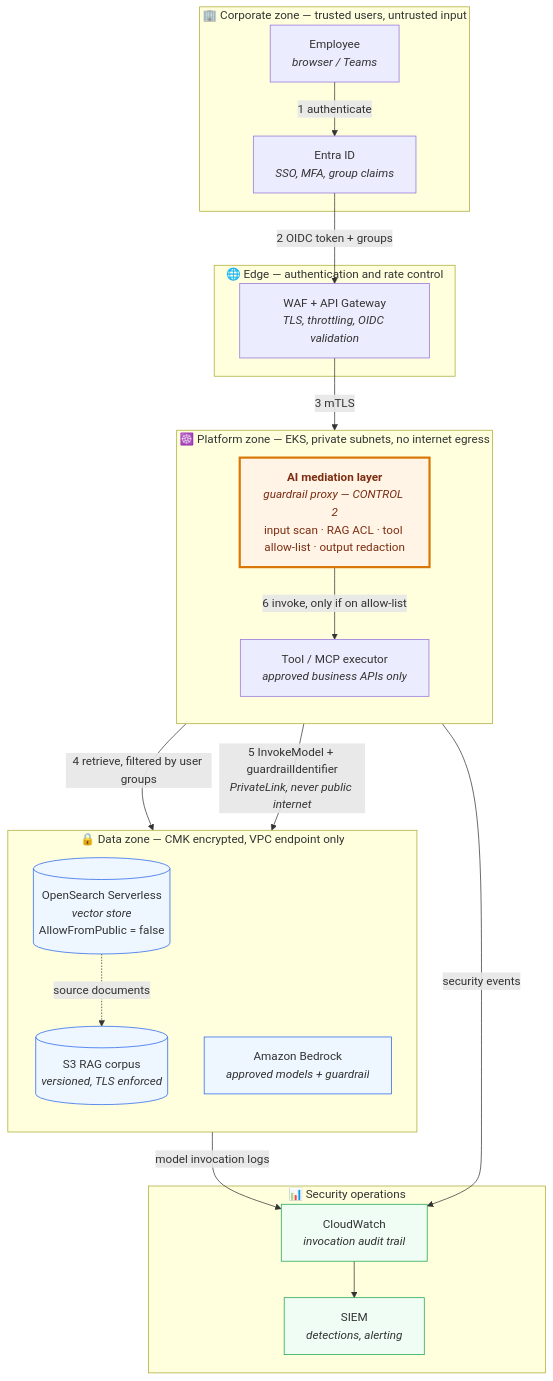
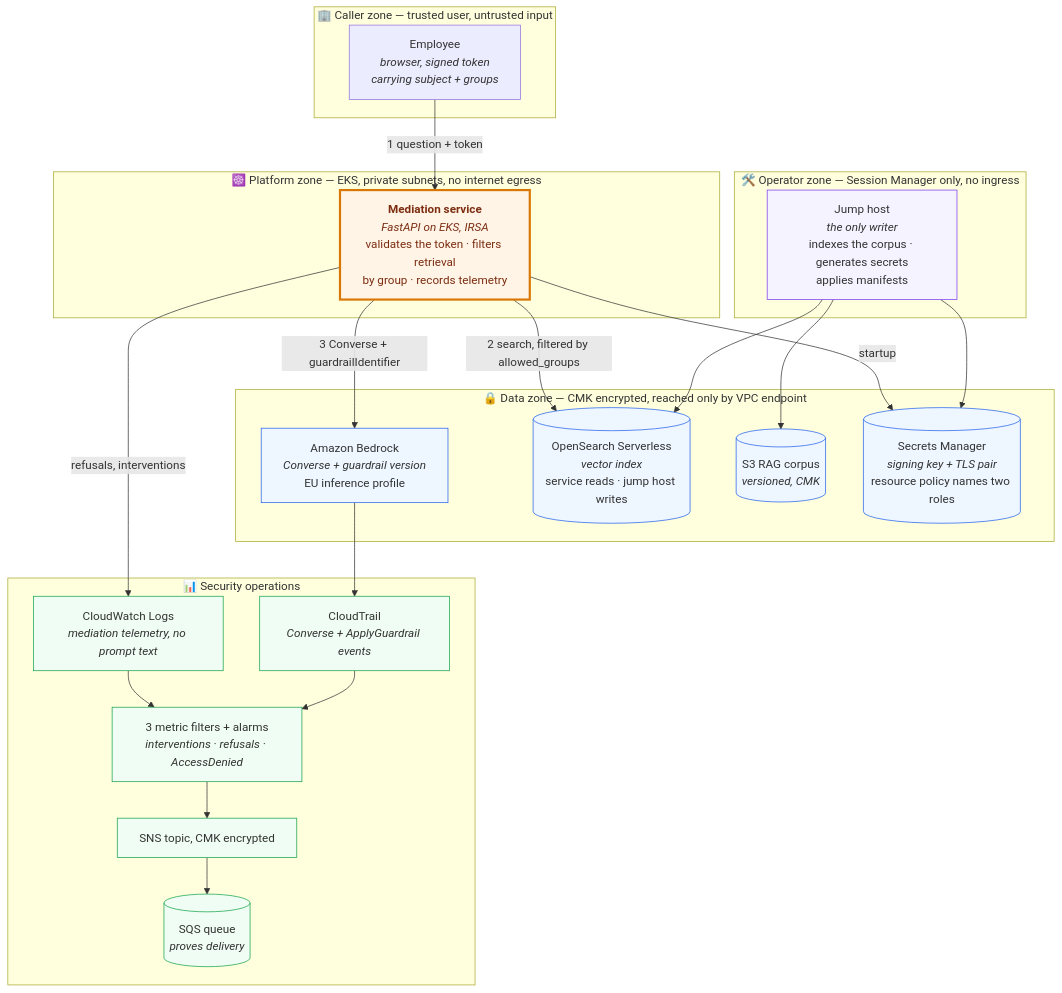
Before and after one commit to spdy999/ai-sec: the first of 3 diagrams in docs/deliverables/diagram/architecture.md, drawn with Mermaid. The commit also changed other lines of this file and 4 other files, not shown here.

Commit message:
docs(diagram): redraw the architecture against the deployed system

````diff
--- a/docs/deliverables/diagram/architecture.md
+++ b/docs/deliverables/diagram/architecture.md
@@ -16,51 +17,54 @@
 ```mermaid
 flowchart TB
-    subgraph corporate["🏢 Corporate zone — trusted users, untrusted input"]
-        user["Employee<br/><i>browser / Teams</i>"]
-        idp["Entra ID<br/><i>SSO, MFA, group claims</i>"]
-    end
-
-    subgraph edge["🌐 Edge — authentication and rate control"]
-        waf["WAF + API Gateway<br/><i>TLS, throttling, OIDC validation</i>"]
+    subgraph corporate["🏢 Caller zone — trusted user, untrusted input"]
+        user["Employee<br/><i>browser, signed token<br/>carrying subject + groups</i>"]
     end
 
     subgraph platform["☸️ Platform zone — EKS, private subnets, no internet egress"]
-        direction TB
-        proxy["<b>AI mediation layer</b><br/><i>guardrail proxy — CONTROL 2</i><br/>input scan · RAG ACL · tool allow-list · output redaction"]
-        tools["Tool / MCP executor<br/><i>approved business APIs only</i>"]
+        proxy["<b>Mediation service</b><br/><i>FastAPI on EKS, IRSA</i><br/>validates the token · filters retrieval<br/>by group · records telemetry"]
     end
 
-    subgraph data["🔒 Data zone — CMK encrypted, VPC endpoint only"]
-        direction TB
-        vectors[("OpenSearch Serverless<br/><i>vector store</i><br/>AllowFromPublic = false")]
-        docs[("S3 RAG corpus<br/><i>versioned, TLS enforced</i>")]
-        bedrock["Amazon Bedrock<br/><i>approved models + guardrail</i>"]
+    subgraph operator["🛠️ Operator zone — Session Manager only, no ingress"]
+        bastion["Jump host<br/><i>the only writer</i><br/>indexes the corpus · generates secrets<br/>applies manifests"]
+    end
+
+    subgraph data["🔒 Data zone — CMK encrypted, reached only by VPC endpoint"]
+        bedrock["Amazon Bedrock<br/><i>Converse + guardrail version</i><br/>EU inference profile"]
+        vectors[("OpenSearch Serverless<br/><i>vector index</i><br/>service reads · jump host writes")]
+        docs[("S3 RAG corpus<br/><i>versioned, CMK</i>")]
+        secrets[("Secrets Manager<br/><i>signing key + TLS pair</i><br/>resource policy names two roles")]
     end
 
     subgraph observe["📊 Security operations"]
-        logs["CloudWatch<br/><i>invocation audit trail</i>"]
-        siem["SIEM<br/><i>detections, alerting</i>"]
+        telemetry["CloudWatch Logs<br/><i>mediation telemetry, no prompt text</i>"]
+        trail["CloudTrail<br/><i>Converse + ApplyGuardrail events</i>"]
+        alarms["3 metric filters + alarms<br/><i>interventions · refusals · AccessDenied</i>"]
+        sns["SNS topic, CMK encrypted"]
+        queue[("SQS queue<br/><i>proves delivery</i>")]
     end
 
-    user -->|"1 authenticate"| idp
-    idp -->|"2 OIDC token + groups"| waf
-    waf -->|"3 mTLS"| proxy
+    user -->|"1 question + token"| proxy
+    proxy -->|"2 search, filtered by allowed_groups"| vectors
+    proxy -->|"3 Converse + guardrailIdentifier"| bedrock
+    proxy -->|"startup"| secrets
+    proxy -->|"refusals, interventions"| telemetry
 
-    proxy -->|"4 retrieve, filtered by user groups"| vectors
-    vectors -.->|"source documents"| docs
-    proxy -->|"5 InvokeModel + guardrailIdentifier<br/><i>PrivateLink, never public internet</i>"| bedrock
-    proxy -->|"6 invoke, only if on allow-list"| tools
+    bastion --> vectors
+    bastion --> docs
+    bastion --> secrets
 
-    proxy -->|"security events"| logs
-    bedrock -->|"model invocation logs"| logs
-    logs --> siem
+    bedrock --> trail
+    telemetry --> alarms
+    trail --> alarms
+    alarms --> sns --> queue
 
-    classDef boundary fill:#f8f9fb,stroke:#5b6b8c,stroke-width:2px
     classDef control fill:#fff4e6,stroke:#d97706,stroke-width:3px,color:#7c2d12
     classDef store fill:#eef6ff,stroke:#2563eb
     classDef sec fill:#f0fdf4,stroke:#16a34a
+    classDef ops fill:#f5f3ff,stroke:#7c3aed
 
     class proxy control
-    class vectors,docs,bedrock store
-    class logs,siem sec
+    class vectors,docs,bedrock,secrets store
+    class telemetry,trail,alarms,sns,queue sec
+    class bastion ops
 ```
````
